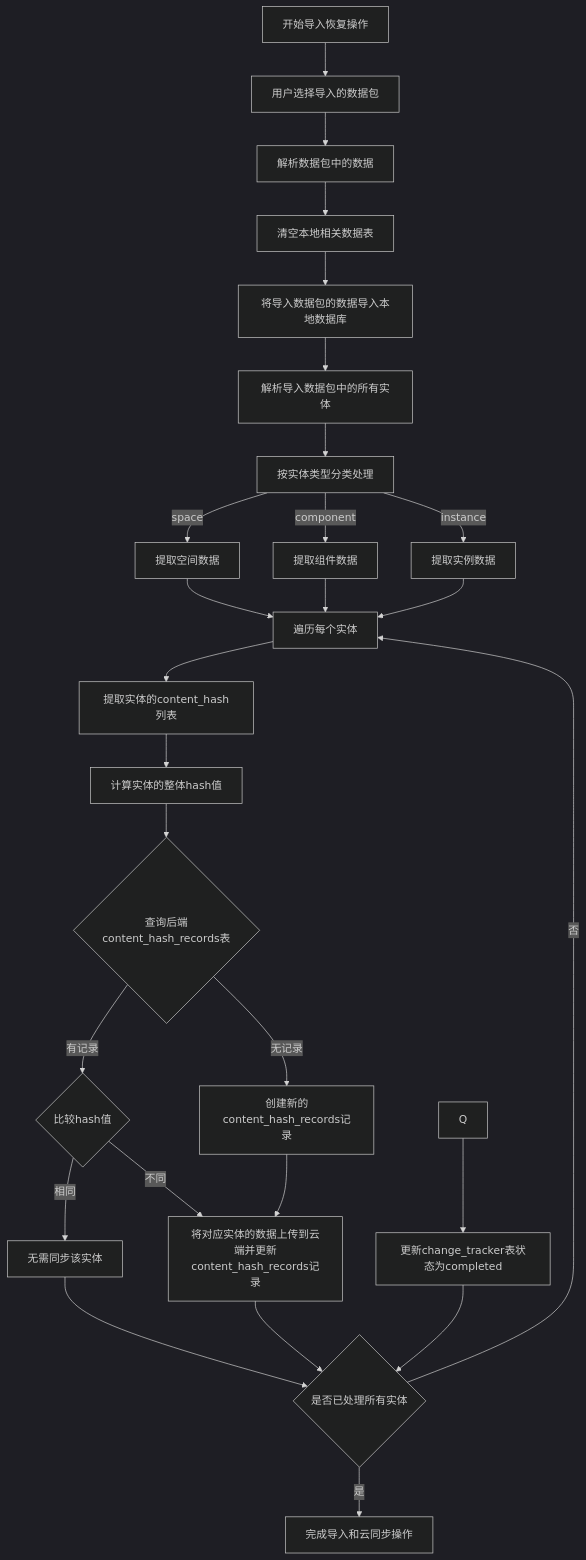
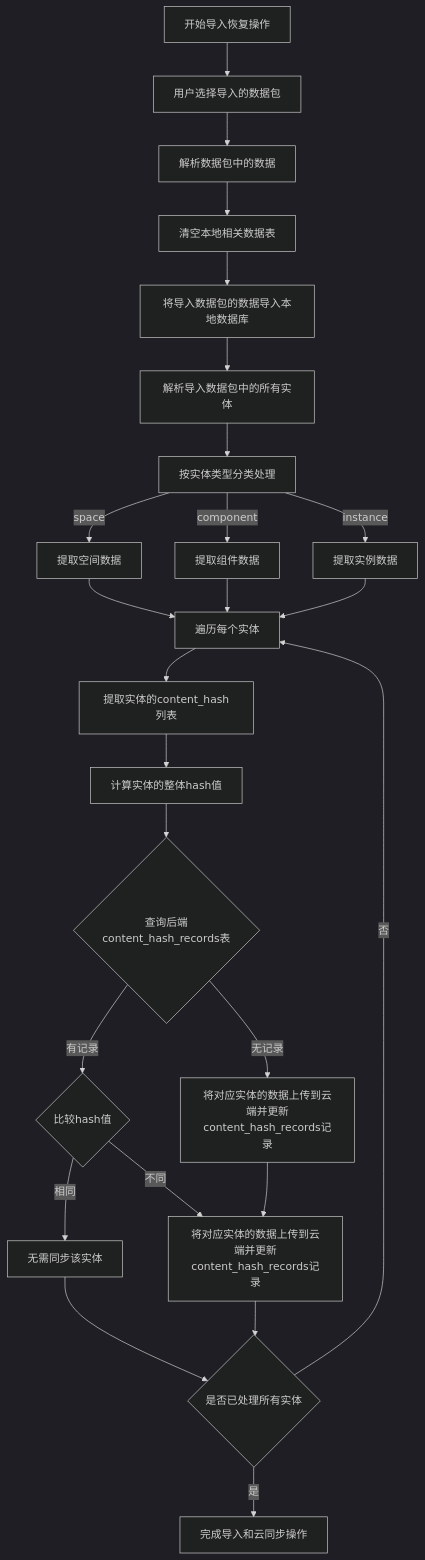
The diagram in all/未命名-44.md (yingjianzh/iodraw-files), drawn with Mermaid (dark theme) before and after one commit.

Commit message:
2025-04-27 11:53:55 update

````diff
--- a/all/未命名-44.md
+++ b/all/未命名-44.md
@@ -1,38 +1,36 @@
 ```mermaid
 flowchart TD
     A[开始导入恢复操作] --> B[用户选择导入的数据包]
     B --> C[解析数据包中的数据]
     
     C --> D[清空本地相关数据表]
     D --> E[将导入数据包的数据导入本地数据库]
     
     E --> F[解析导入数据包中的所有实体]
     F --> G[按实体类型分类处理]
     
     G -->|space| H1[提取空间数据]
     G -->|component| H2[提取组件数据]
     G -->|instance| H3[提取实例数据]
     
     H1 --> I[遍历每个实体]
     H2 --> I
     H3 --> I
     
     I --> J[提取实体的content_hash列表]
     J --> K[计算实体的整体hash值]
     
     K --> L{查询后端content_hash_records表}
-    L -->|无记录| M1[创建新的content_hash_records记录]
+    L -->|无记录| M1[将对应实体的数据上传到云端并更新content_hash_records记录]
     L -->|有记录| M2{比较hash值}
     
     M2 -->|相同| M3[无需同步该实体]
     M2 -->|不同| M4[将对应实体的数据上传到云端并更新content_hash_records记录]
     M1 --> M4
     
-    Q --> R[更新change_tracker表状态为completed]
     M3 --> S{是否已处理所有实体}
     M4 --> S{是否已处理所有实体}
-    R --> S
     
     S -->|否| I
     S -->|是| T[完成导入和云同步操作]
 ```
````
